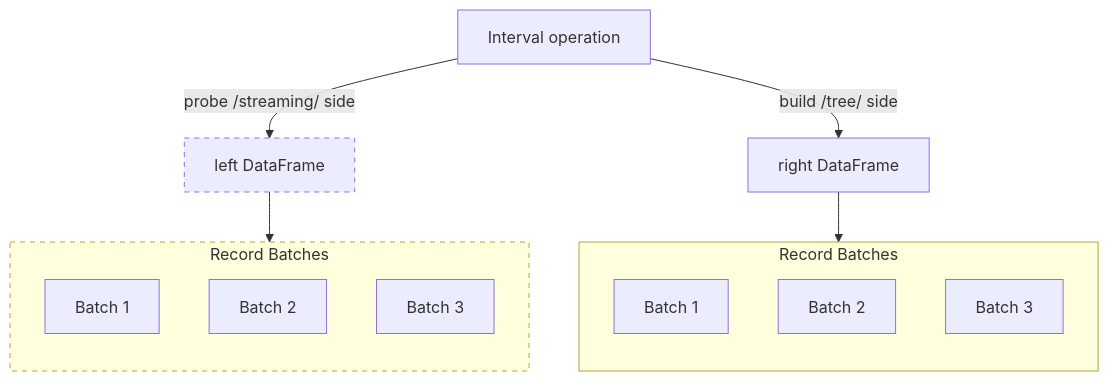
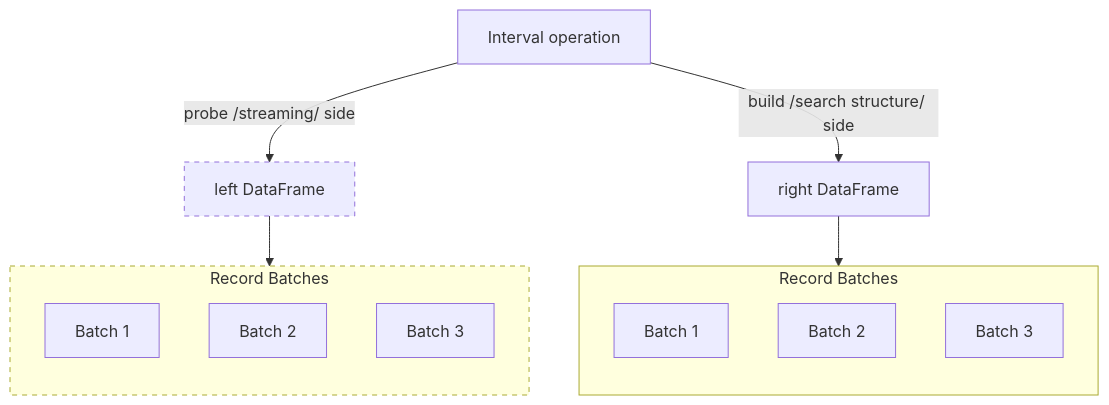
One commit to biodatageeks/polars-bio changed the diagram in docs/supplement.md. Above: the diagram before and after it, drawn with Mermaid. The commit also changed other lines of this file and 1 other file, not shown here.

````diff
--- a/docs/supplement.md
+++ b/docs/supplement.md
@@ -9,35 +9,35 @@
 ``` mermaid
 flowchart TB
     %% Define header node
     H["Interval operation"]
 
     %% Define DataFrame nodes
     I0["left DataFrame"]
     I1["right DataFrame"]
 
     style I0 stroke-dasharray: 5 5, stroke-width: 1
 
     %% Draw edges with labels
     H -->|probe /streaming/ side| I0
-    H -->|build /tree/ side| I1
+    H -->|build /search structure/ side| I1
 
     %% Record batches under left DataFrame within a dotted box
     I0 --> LeftGroup
     subgraph LeftGroup["Record Batches"]
         direction TB
         LB0["Batch 1"]
         LB1["Batch 2"]
         LB2["Batch 3"]
     end
     style LeftGroup stroke-dasharray: 5 5, stroke-width: 1
 
     %% Record batches under right DataFrame within a dotted box
     I1 --> RightGroup
     subgraph RightGroup["Record Batches"]
         direction TB
         RB0["Batch 1"]
         RB1["Batch 2"]
         RB2["Batch 3"]
     end
 
 ```
````
